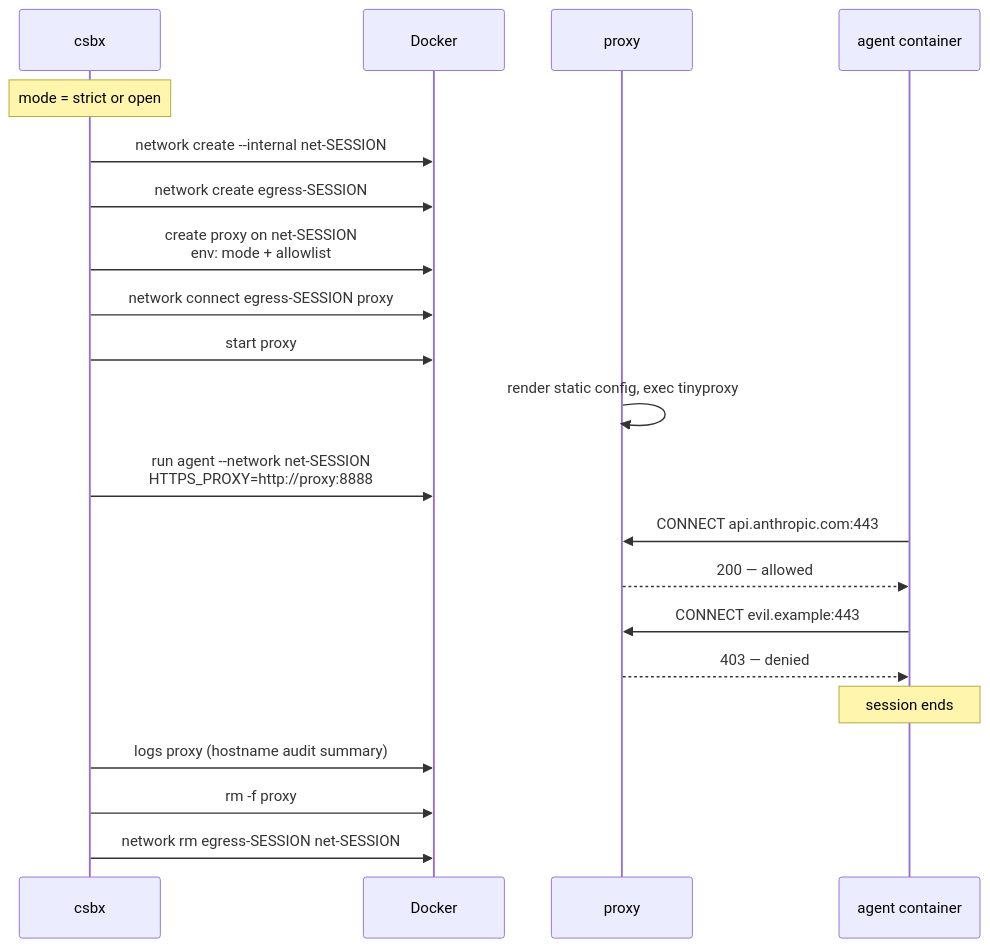
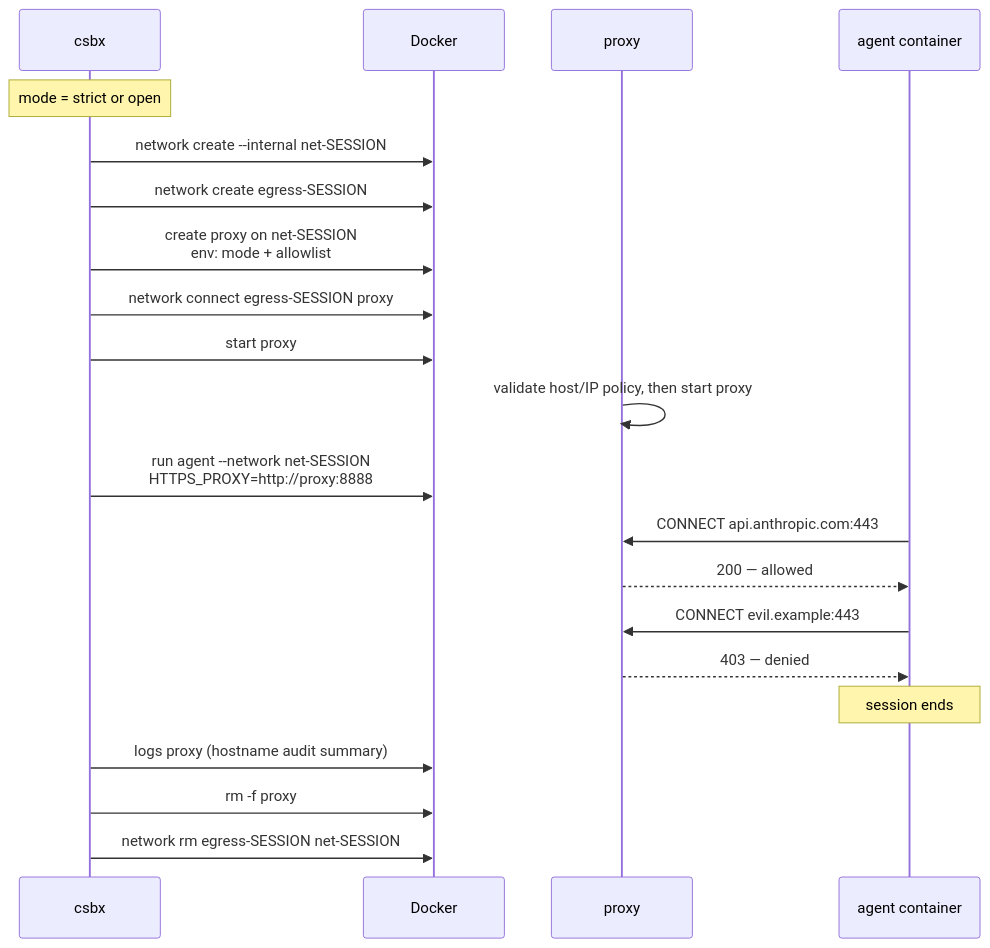
The fourth of 9 diagrams in packages/coding-agent-sandbox/docs/network-hardening-plan.md (pixpilot/agent-tools), drawn with Mermaid before and after one commit. The commit also changed other lines of this file and 42 other files, not shown here.

````diff
--- a/packages/coding-agent-sandbox/docs/network-hardening-plan.md
+++ b/packages/coding-agent-sandbox/docs/network-hardening-plan.md
@@ -110,26 +110,26 @@
 ```mermaid
 sequenceDiagram
     participant CLI as csbx
     participant D as Docker
     participant P as proxy
     participant A as agent container
 
     Note over CLI: mode = strict or open
     CLI->>D: network create --internal net-SESSION
     CLI->>D: network create egress-SESSION
     CLI->>D: create proxy on net-SESSION<br/>env: mode + allowlist
     CLI->>D: network connect egress-SESSION proxy
     CLI->>D: start proxy
-    P->>P: render static config, exec tinyproxy
+    P->>P: validate host/IP policy, then start proxy
 
     CLI->>D: run agent --network net-SESSION<br/>HTTPS_PROXY=http://proxy:8888
     A->>P: CONNECT api.anthropic.com:443
     P-->>A: 200 — allowed
     A->>P: CONNECT evil.example:443
     P-->>A: 403 — denied
 
     Note over A: session ends
     CLI->>D: logs proxy (hostname audit summary)
     CLI->>D: rm -f proxy
     CLI->>D: network rm egress-SESSION net-SESSION
 ```
````
